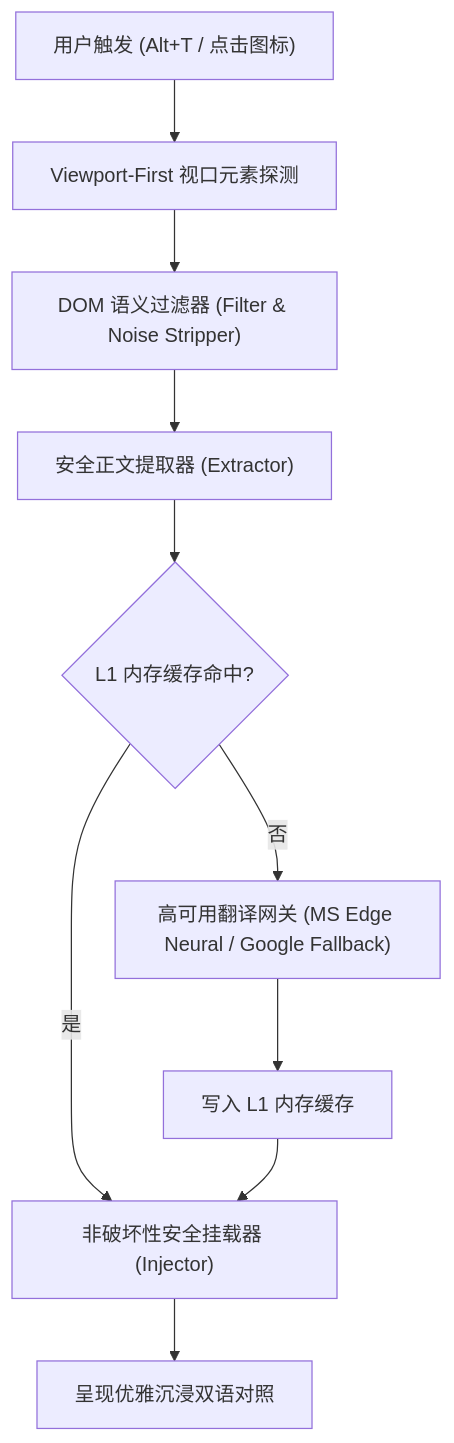
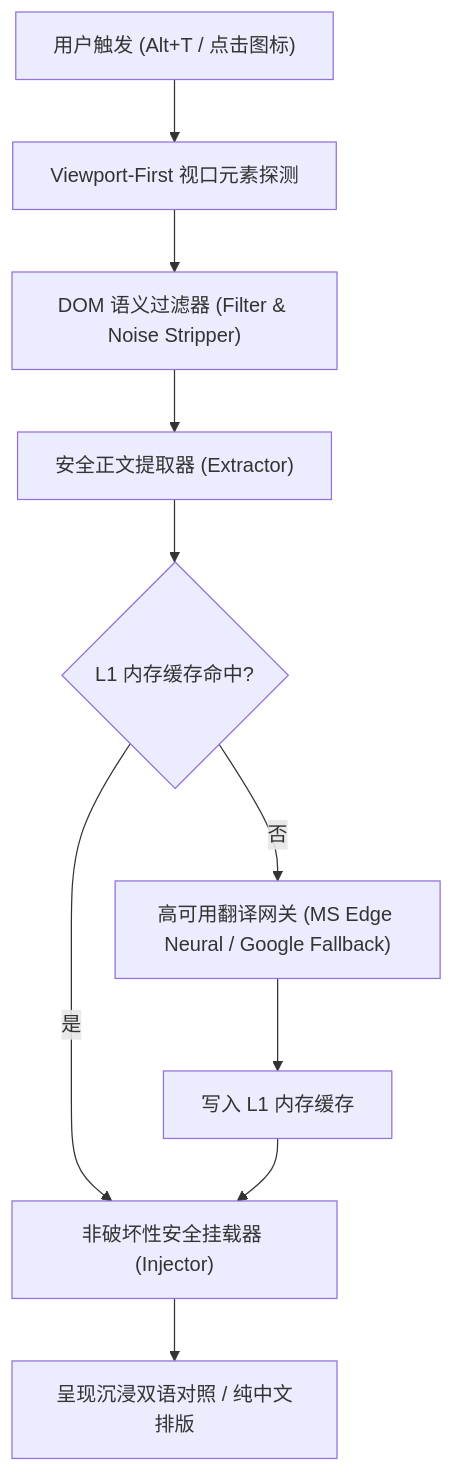
The diagram in README_ZH.md (stwbos/translate-king), drawn with Mermaid before and after one commit. The commit also changed other lines of this file and 2 other files, not shown here.

````diff
--- a/README_ZH.md
+++ b/README_ZH.md
@@ -75,12 +91,12 @@
 ```mermaid
 flowchart TD
     A["用户触发 (Alt+T / 点击图标)"] --> B["Viewport-First 视口元素探测"]
     B --> C["DOM 语义过滤器 (Filter & Noise Stripper)"]
     C --> D["安全正文提取器 (Extractor)"]
     D --> E{"L1 内存缓存命中?"}
     E -- 是 --> G["非破坏性安全挂载器 (Injector)"]
     E -- 否 --> F["高可用翻译网关 (MS Edge Neural / Google Fallback)"]
     F --> H["写入 L1 内存缓存"]
     H --> G
-    G --> I["呈现优雅沉浸双语对照"]
+    G --> I["呈现沉浸双语对照 / 纯中文排版"]
 ```
````
